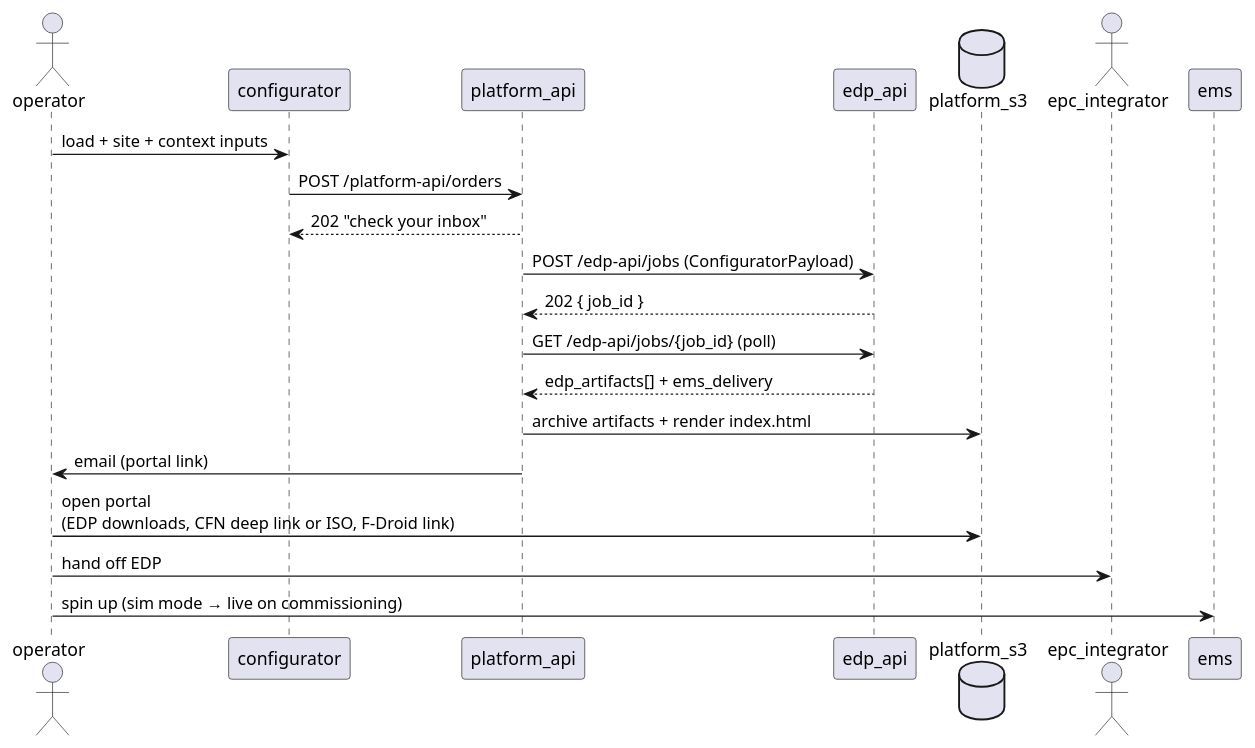
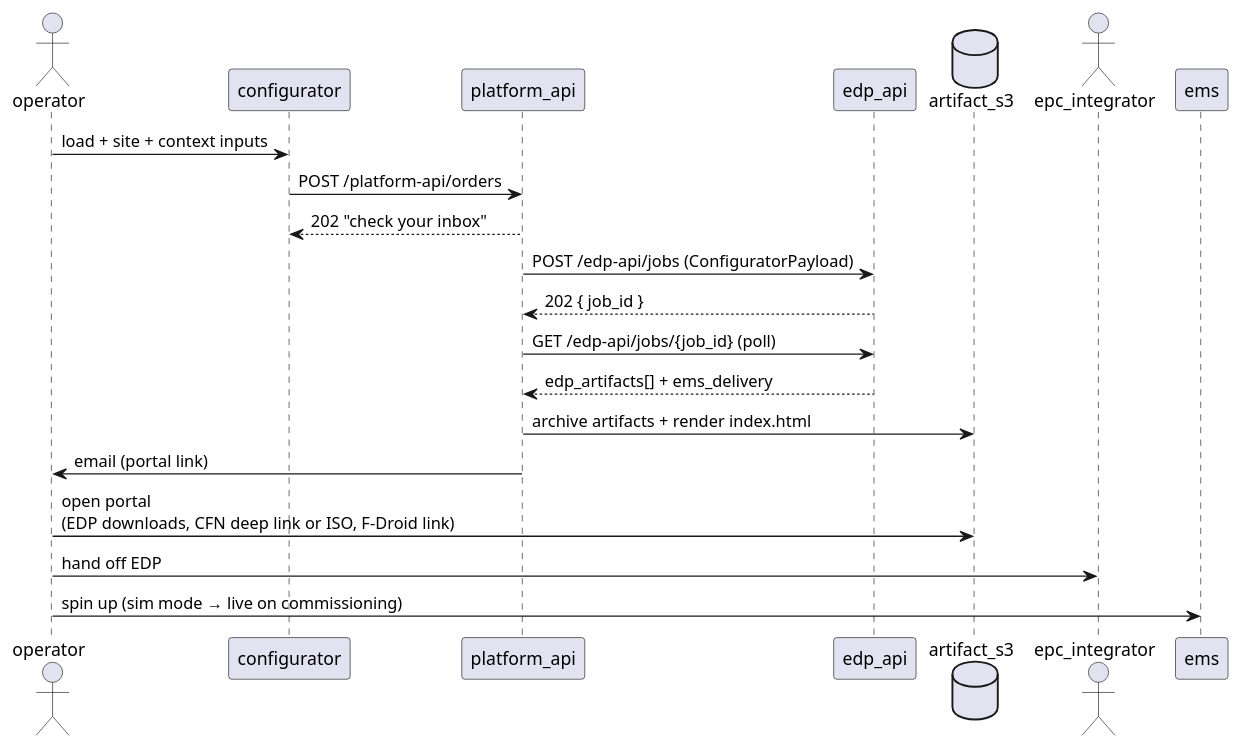
One commit to arcnode-io/arcnode changed the diagram in readme.md. Above: the diagram before and after it, drawn with PlantUML. The commit also changed other lines of this file, not shown here.

Commit message:
📝 docs: add edp-module-assemblies to EDP Toolchain catalog
Equipment library + Compute/Grid Container assembly logic was missing
from the top-level repo catalog. Count 2 → 3.

````diff
--- a/readme.md
+++ b/readme.md
@@ -17,22 +17,22 @@
 ```plantuml
 actor operator
 participant configurator
 participant platform_api
 participant edp_api
-database platform_s3
+database artifact_s3
 actor epc_integrator
 participant ems
 
 operator -> configurator: load + site + context inputs
 configurator -> platform_api: POST /platform-api/orders
 platform_api --> configurator: 202 "check your inbox"
 platform_api -> edp_api: POST /edp-api/jobs (ConfiguratorPayload)
 edp_api --> platform_api: 202 { job_id }
 platform_api -> edp_api: GET /edp-api/jobs/{job_id} (poll)
 edp_api --> platform_api: edp_artifacts[] + ems_delivery
-platform_api -> platform_s3: archive artifacts + render index.html
+platform_api -> artifact_s3: archive artifacts + render index.html
 platform_api -> operator: email (portal link)
-operator -> platform_s3: open portal\n(EDP downloads, CFN deep link or ISO, F-Droid link)
+operator -> artifact_s3: open portal\n(EDP downloads, CFN deep link or ISO, F-Droid link)
 operator -> epc_integrator: hand off EDP
 operator -> ems: spin up (sim mode → live on commissioning)
 ```
````
